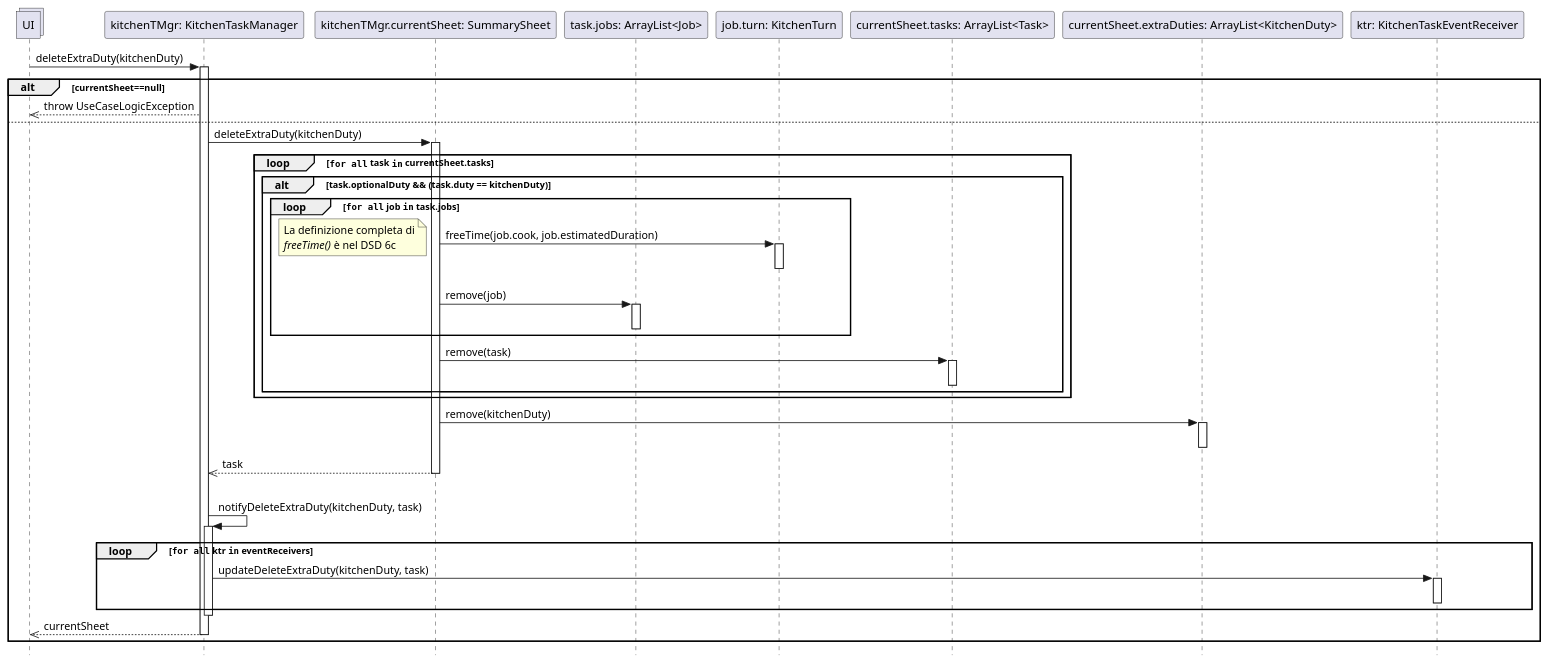
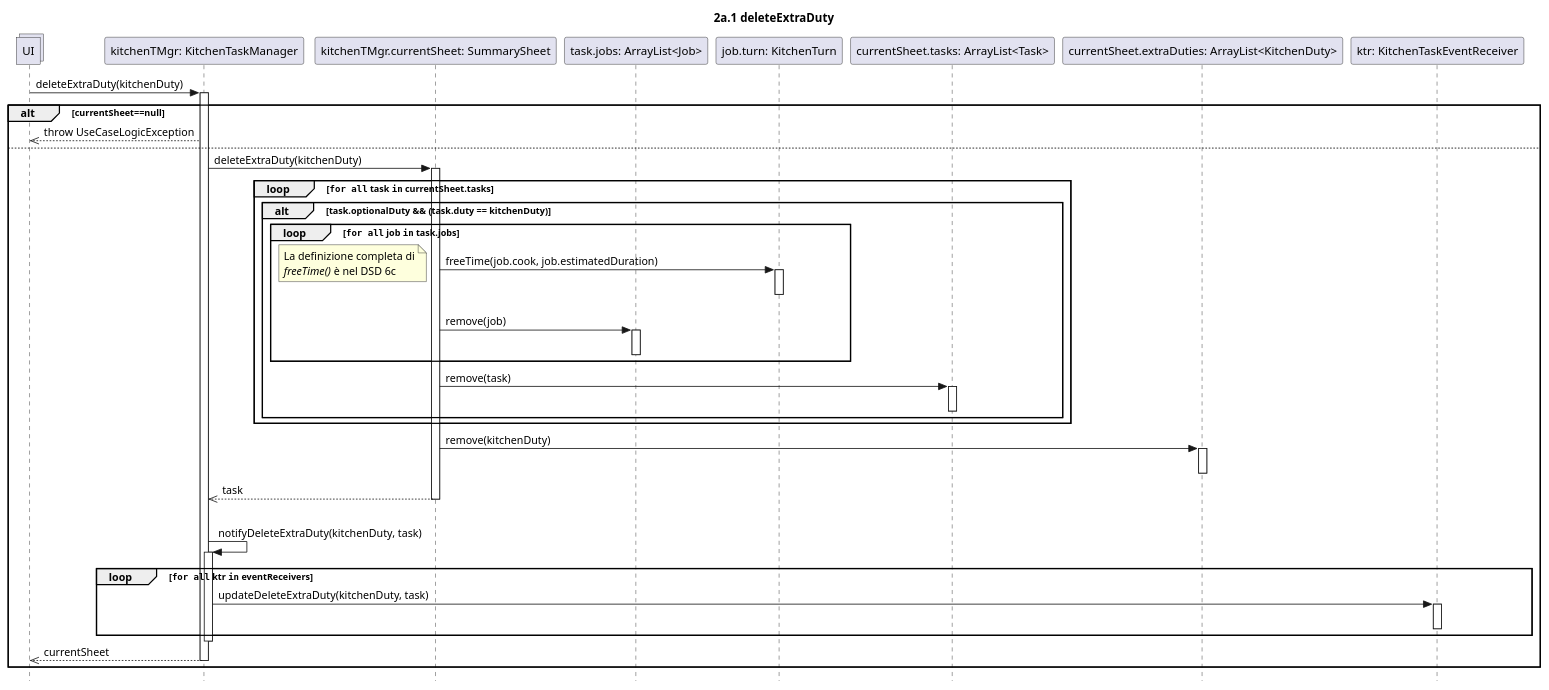
The diagram in UP/Progettazione/UC Gestire Compiti Cucina/DSD/DSD Operazione 2a.1.puml (stefa168/sas-project), drawn with PlantUML before and after one commit. The commit also changed 5 other files, not shown here.

```diff
--- a/UP/Progettazione/UC Gestire Compiti Cucina/DSD/DSD Operazione 2a.1.puml
+++ b/UP/Progettazione/UC Gestire Compiti Cucina/DSD/DSD Operazione 2a.1.puml
@@ -1,65 +1,67 @@
 @startuml Operazione 2a.1
 skinparam Style strictuml
+
+title 2a.1 deleteExtraDuty
 
 collections UI
 
 participant "kitchenTMgr: KitchenTaskManager" as ktm
 UI -> ktm: deleteExtraDuty(kitchenDuty)
 activate ktm
 
 alt currentSheet==null
     UI <<-- ktm: throw UseCaseLogicException
 else
     participant "kitchenTMgr.currentSheet: SummarySheet" as ss
     ktm -> ss: deleteExtraDuty(kitchenDuty)
     activate ss
 
     loop ""for all"" task ""in"" currentSheet.tasks
         alt task.optionalDuty && (task.duty == kitchenDuty)
             loop ""for all"" job ""in"" task.jobs
                 participant "task.jobs: ArrayList<Job>" as j
                 participant "job.turn: KitchenTurn" as jobKitchenTurn
 
                 ss -> jobKitchenTurn: freeTime(job.cook, job.estimatedDuration)
                 note left: La definizione completa di\n//freeTime()// è nel DSD 6c
                 activate jobKitchenTurn
                 deactivate jobKitchenTurn
 
                 ss -> j: remove(job)
                 activate j
                 deactivate j
             end
 
             participant "currentSheet.tasks: ArrayList<Task>" as tasks
             ss -> tasks: remove(task)
             activate tasks
             deactivate tasks
         end
     end
     
     participant "currentSheet.extraDuties: ArrayList<KitchenDuty>" as kdList
     ss -> kdList: remove(kitchenDuty)
     activate kdList
     deactivate kdList
     
     ktm <<-- ss: task
     deactivate ss
 
     participant "ktr: KitchenTaskEventReceiver" as ktr
     |||
     ktm -> ktm: notifyDeleteExtraDuty(kitchenDuty, task)
         activate ktm
     loop ""for all"" ktr ""in"" eventReceivers
         ktm -> ktr : updateDeleteExtraDuty(kitchenDuty, task)
         activate ktr
         deactivate ktr
     end
     deactivate ktm
 
     UI <<-- ktm : currentSheet
     deactivate ktm
 
     
 end
 
 @enduml
```
